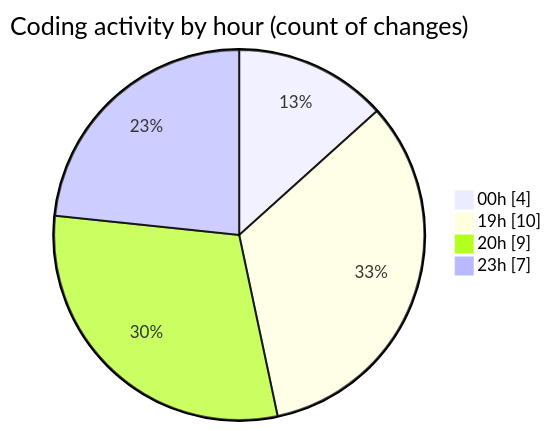
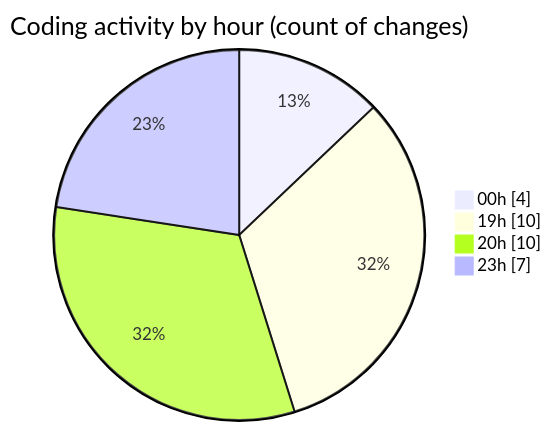
Before and after one commit to momahboobian/code-tracking: the second of 2 diagrams in 2025-02-27/cda/README.md, drawn with Mermaid. The commit also changed other lines of this file and 1 other file, not shown here.

````diff
--- a/2025-02-27/cda/README.md
+++ b/2025-02-27/cda/README.md
@@ -36,8 +37,8 @@
 ```mermaid
 pie showData
 title Coding activity by hour (count of changes)
 "00h" : 4
 "19h" : 10
-"20h" : 9
+"20h" : 10
 "23h" : 7
 ```
````
